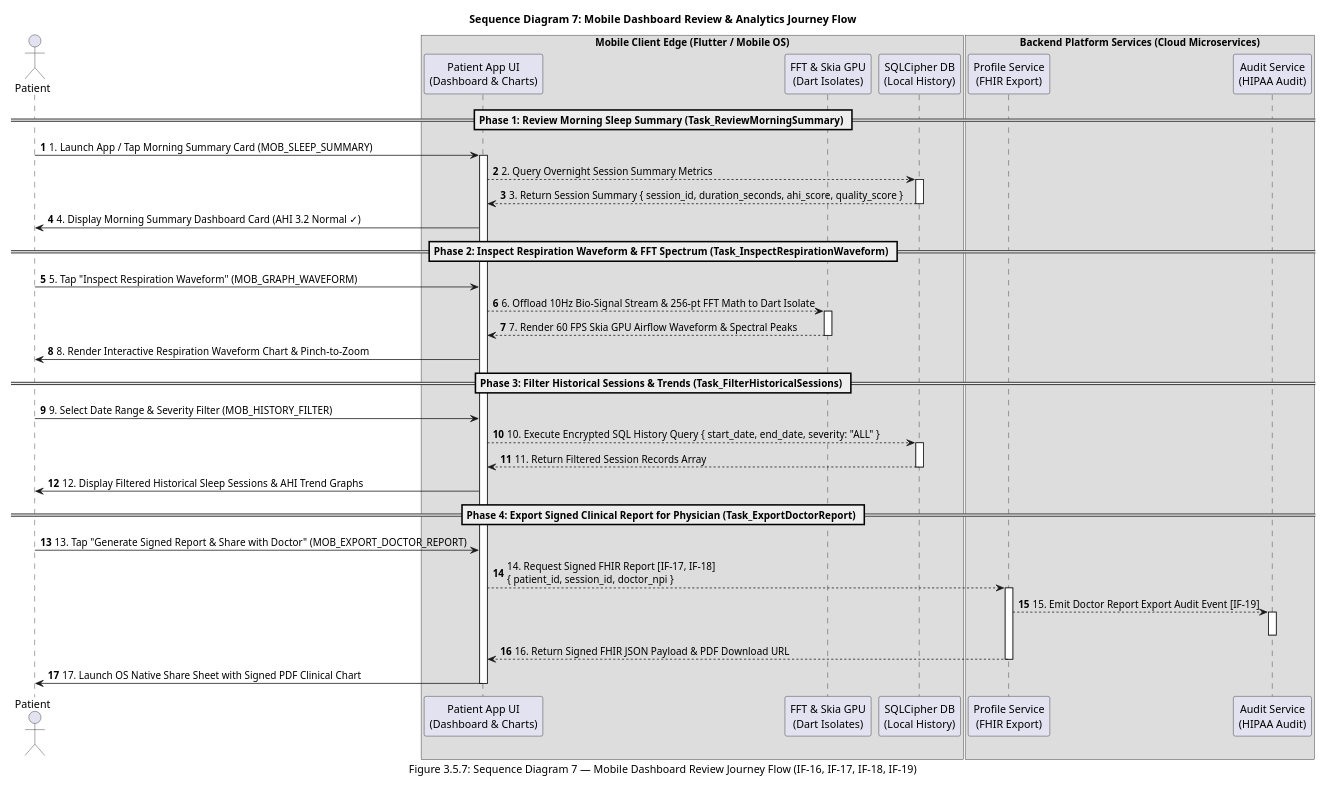
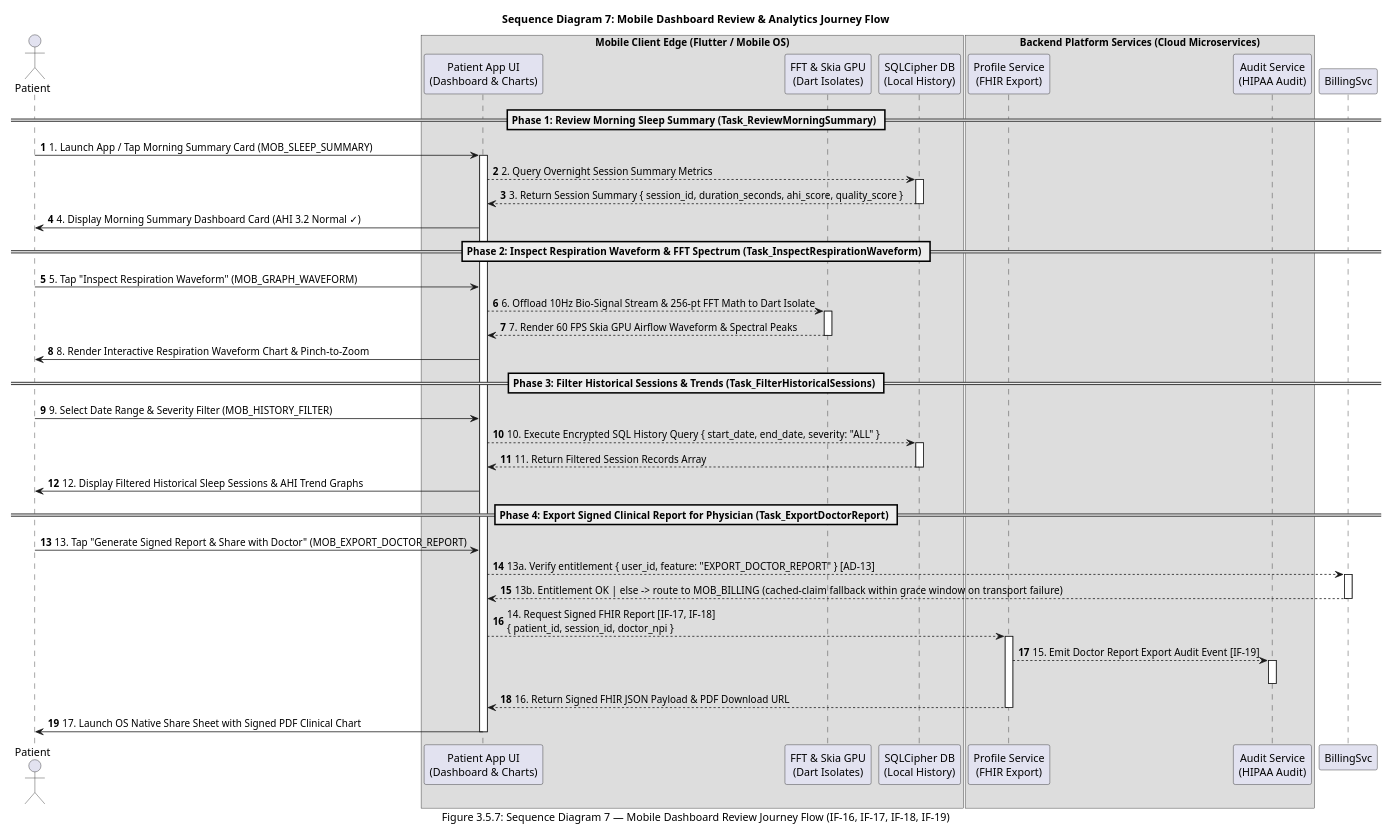
Diagram 12 of 19 in _bmad-output/architecture/ARCHITECTURE-SPINE.md (reidlai/masker-app), drawn with PlantUML before and after one commit. The commit also changed other lines of this file and 1 other file, not shown here.

First line of the commit message:
docs(architecture): fold UX subscription round into spine (AD-13/14/15)

````diff
--- a/_bmad-output/architecture/ARCHITECTURE-SPINE.md
+++ b/_bmad-output/architecture/ARCHITECTURE-SPINE.md
@@ -1447,58 +1555,62 @@
 ```plantuml
 @startuml Mobile_Dashboard_Review_Journey_Sequence_Diagram
 title Sequence Diagram 7: Mobile Dashboard Review & Analytics Journey Flow
 caption Figure 3.5.7: Sequence Diagram 7 — Mobile Dashboard Review Journey Flow (IF-16, IF-17, IF-18, IF-19)
 autonumber
 scale 0.7
 
 actor "Patient" as User
 box "Mobile Client Edge (Flutter / Mobile OS)"
 participant "Patient App UI\n(Dashboard & Charts)" as UI
 participant "FFT & Skia GPU\n(Dart Isolates)" as GPU
 participant "SQLCipher DB\n(Local History)" as LocalDB
 end box
 
 box "Backend Platform Services (Cloud Microservices)"
 participant "Profile Service\n(FHIR Export)" as ProfileSvc
 participant "Audit Service\n(HIPAA Audit)" as AuditSvc
 end box
 
 == Phase 1: Review Morning Sleep Summary (Task_ReviewMorningSummary) ==
 User -> UI: 1. Launch App / Tap Morning Summary Card (MOB_SLEEP_SUMMARY)
 activate UI
 UI --> LocalDB: 2. Query Overnight Session Summary Metrics
 activate LocalDB
 LocalDB --> UI: 3. Return Session Summary { session_id, duration_seconds, ahi_score, quality_score }
 deactivate LocalDB
 UI -> User: 4. Display Morning Summary Dashboard Card (AHI 3.2 Normal ✓)
 
 == Phase 2: Inspect Respiration Waveform & FFT Spectrum (Task_InspectRespirationWaveform) ==
 User -> UI: 5. Tap "Inspect Respiration Waveform" (MOB_GRAPH_WAVEFORM)
 UI --> GPU: 6. Offload 10Hz Bio-Signal Stream & 256-pt FFT Math to Dart Isolate
 activate GPU
 GPU --> UI: 7. Render 60 FPS Skia GPU Airflow Waveform & Spectral Peaks
 deactivate GPU
 UI -> User: 8. Render Interactive Respiration Waveform Chart & Pinch-to-Zoom
 
 == Phase 3: Filter Historical Sessions & Trends (Task_FilterHistoricalSessions) ==
 User -> UI: 9. Select Date Range & Severity Filter (MOB_HISTORY_FILTER)
 UI --> LocalDB: 10. Execute Encrypted SQL History Query { start_date, end_date, severity: "ALL" }
 activate LocalDB
 LocalDB --> UI: 11. Return Filtered Session Records Array
 deactivate LocalDB
 UI -> User: 12. Display Filtered Historical Sleep Sessions & AHI Trend Graphs
 
 == Phase 4: Export Signed Clinical Report for Physician (Task_ExportDoctorReport) ==
 User -> UI: 13. Tap "Generate Signed Report & Share with Doctor" (MOB_EXPORT_DOCTOR_REPORT)
+UI --> BillingSvc: 13a. Verify entitlement { user_id, feature: "EXPORT_DOCTOR_REPORT" } [AD-13]
+activate BillingSvc
+BillingSvc --> UI: 13b. Entitlement OK  |  else -> route to MOB_BILLING (cached-claim fallback within grace window on transport failure)
+deactivate BillingSvc
 UI --> ProfileSvc: 14. Request Signed FHIR Report [IF-17, IF-18]\n{ patient_id, session_id, doctor_npi }
 activate ProfileSvc
 ProfileSvc --> AuditSvc: 15. Emit Doctor Report Export Audit Event [IF-19]
 activate AuditSvc
 deactivate AuditSvc
 ProfileSvc --> UI: 16. Return Signed FHIR JSON Payload & PDF Download URL
 deactivate ProfileSvc
 UI -> User: 17. Launch OS Native Share Sheet with Signed PDF Clinical Chart
 deactivate UI
 
 @enduml
 ```
````
